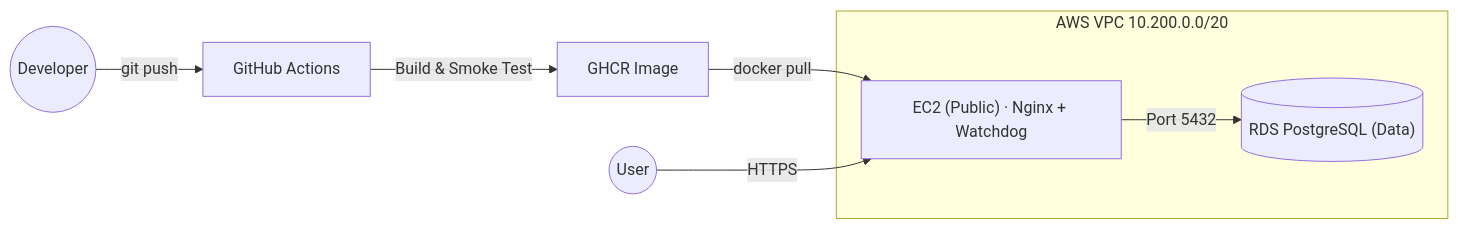
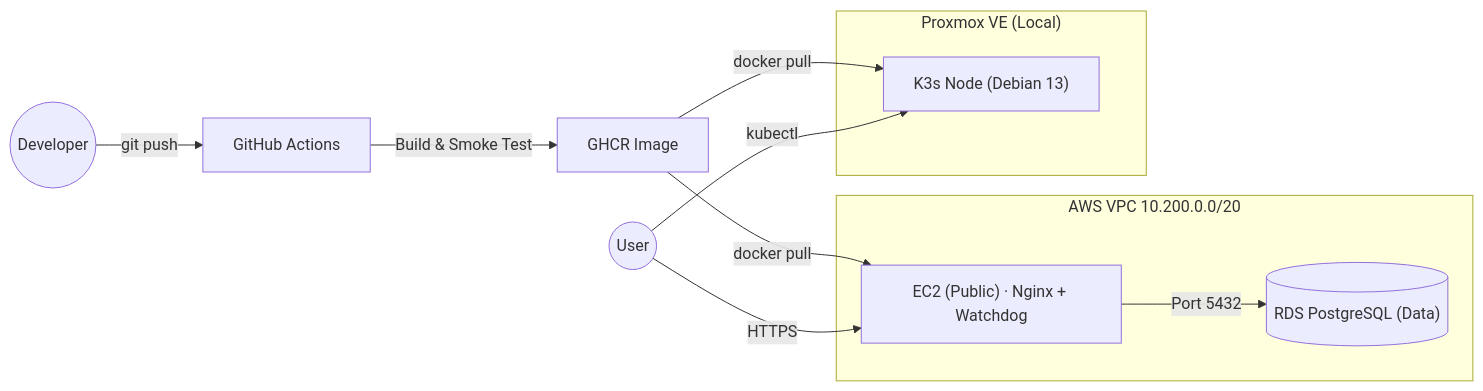
One commit to Upwind1647/infrastructure-lab changed the diagram in README.md. Above: the diagram before and after it, drawn with Mermaid. The commit also changed other lines of this file, not shown here.

````diff
--- a/README.md
+++ b/README.md
@@ -15,14 +15,20 @@
 ```mermaid
 graph LR
     Dev((Developer)) -->|git push| GH[GitHub Actions]
     GH -->|Build & Smoke Test| GHCR[GHCR Image]
     GHCR -->|docker pull| EC2
+    GHCR -->|docker pull| K3S
 
     subgraph AWS ["AWS VPC 10.200.0.0/20"]
         EC2["EC2 (Public) · Nginx + Watchdog"]
         RDS[("RDS PostgreSQL (Data)")]
         EC2 -->|Port 5432| RDS
     end
 
+    subgraph Proxmox ["Proxmox VE (Local)"]
+        K3S["K3s Node (Debian 13)"]
+    end
+
     User((User)) -->|HTTPS| EC2
+    User -->|kubectl| K3S
 ```
````
